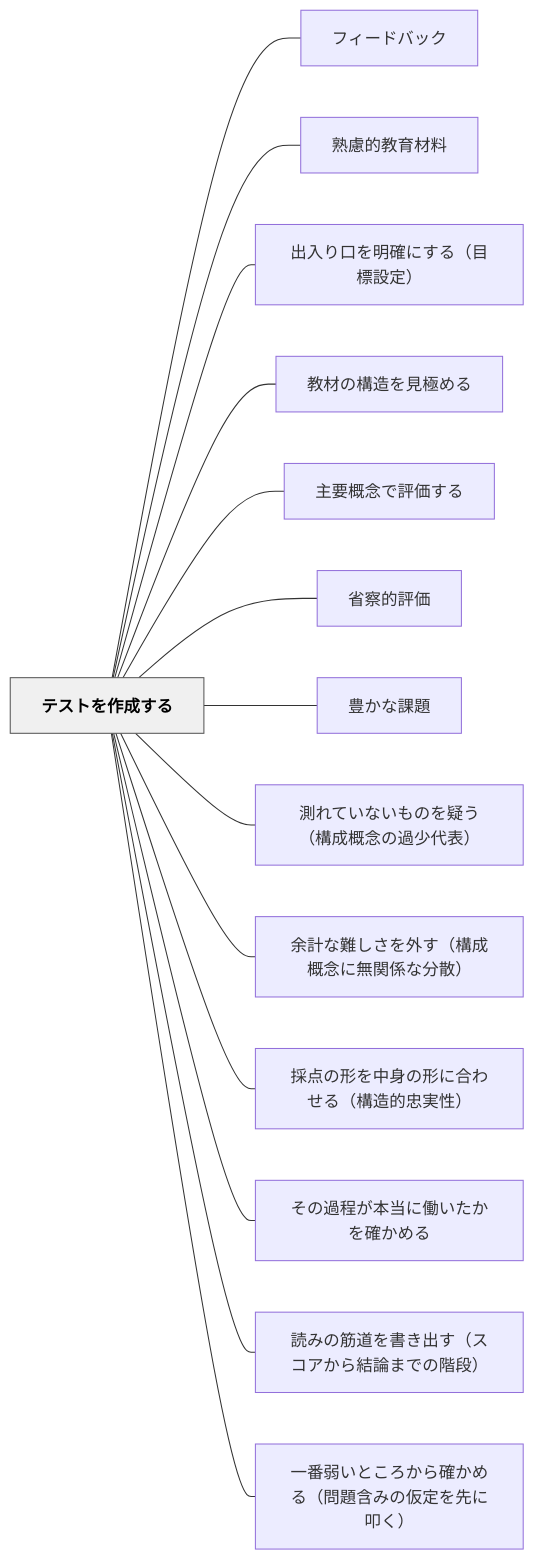
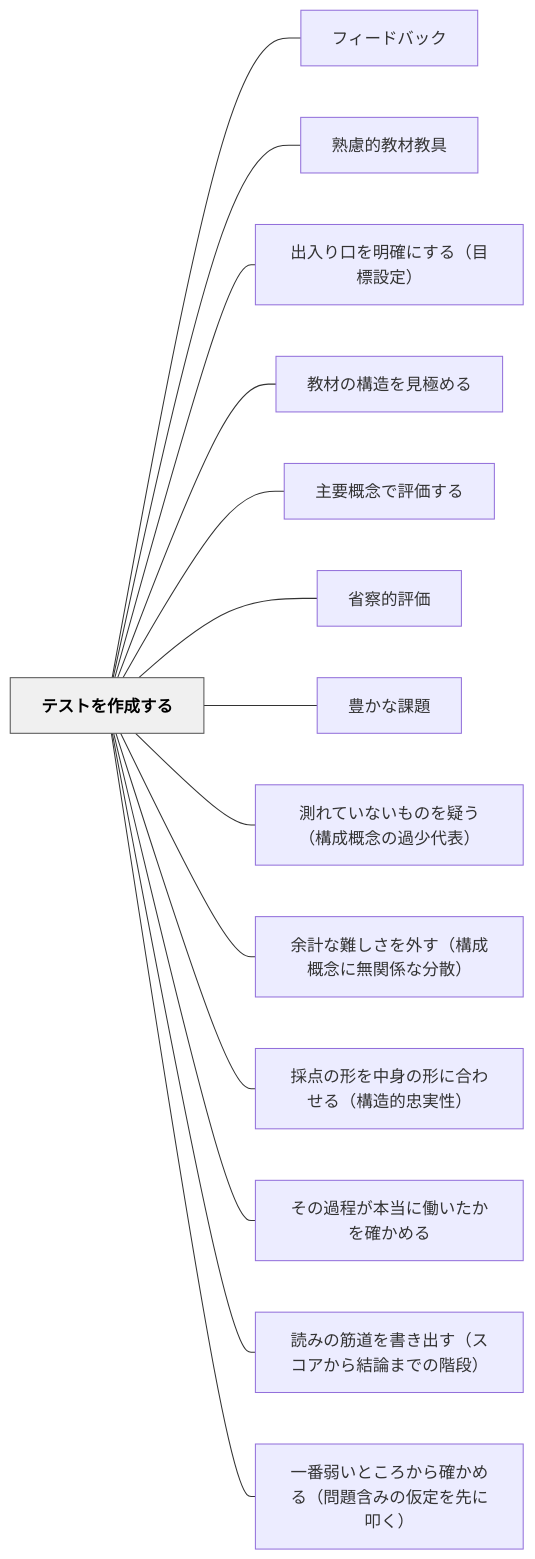
Before and after one commit to unknownthings-ed-patterns/unknownthings-ed-patterns: the diagram in content/パタン/テストを作成する.md, drawn with Mermaid. The commit also changed other lines of this file and 72 other files, not shown here.

````diff
--- a/content/パタン/テストを作成する.md
+++ b/content/パタン/テストを作成する.md
@@ -57,34 +57,34 @@
 ```mermaid
 flowchart LR
     ne38386e382b9e38388e38292e4bd9ce68890e38199e3828b["テストを作成する"]
     ne38395e382a3e383bce38389e38390e38383e382af["フィードバック"]
-    ne7869fe685aee79a84e69599e882b2e69d90e69699["熟慮的教育材料"]
+    ne7869fe685aee79a84e69599e69d90e69599e585b7["熟慮的教材教具"]
     ne587bae585a5e3828ae58fa3e38292e6988ee7a2bae381abe38199e3828befbc88e79baee6a899e8a8ade5ae9aefbc89["出入り口を明確にする（目標設定）"]
     ne69599e69d90e381aee6a78be980a0e38292e8a68be6a5b5e38281e3828b["教材の構造を見極める"]
     ne4b8bbe8a681e6a682e5bfb5e381a7e8a995e4bea1e38199e3828b["主要概念で評価する"]
     ne79c81e5af9fe79a84e8a995e4bea1["省察的評価"]
     ne8b18ae3818be381aae8aab2e9a18c["豊かな課題"]
     ne6b8ace3828ce381a6e38184e381aae38184e38282e381aee38292e79691e38186efbc88e6a78be68890e6a682e5bfb5e381aee9818ee5b091e4bba3e8a1a8efbc89["測れていないものを疑う（構成概念の過少代表）"]
     ne4bd99e8a888e381aae99ba3e38197e38195e38292e5a496e38199efbc88e6a78be68890e6a682e5bfb5e381abe784a1e996a2e4bf82e381aae58886e695a3efbc89["余計な難しさを外す（構成概念に無関係な分散）"]
     ne68ea1e782b9e381aee5bda2e38292e4b8ade8baabe381aee5bda2e381abe59088e3828fe3819be3828befbc88e6a78be980a0e79a84e5bfa0e5ae9fe680a7efbc89["採点の形を中身の形に合わせる（構造的忠実性）"]
     ne3819de381aee9818ee7a88be3818ce69cace5bd93e381abe5838de38184e3819fe3818be38292e7a2bae3818be38281e3828b["その過程が本当に働いたかを確かめる"]
     ne8aaade381bfe381aee7ad8be98193e38292e69bb8e3818de587bae38199efbc88e382b9e382b3e382a2e3818be38289e7b590e8ab96e381bee381a7e381aee99a8ee6aeb5efbc89["読みの筋道を書き出す（スコアから結論までの階段）"]
     ne4b880e795aae5bcb1e38184e381a8e38193e3828de3818be38289e7a2bae3818be38281e3828befbc88e5958fe9a18ce590abe381bfe381aee4bbaee5ae9ae38292e58588e381abe58fa9e3818fefbc89["一番弱いところから確かめる（問題含みの仮定を先に叩く）"]
 
     ne38386e382b9e38388e38292e4bd9ce68890e38199e3828b --- ne38395e382a3e383bce38389e38390e38383e382af
-    ne38386e382b9e38388e38292e4bd9ce68890e38199e3828b --- ne7869fe685aee79a84e69599e882b2e69d90e69699
+    ne38386e382b9e38388e38292e4bd9ce68890e38199e3828b --- ne7869fe685aee79a84e69599e69d90e69599e585b7
     ne38386e382b9e38388e38292e4bd9ce68890e38199e3828b --- ne587bae585a5e3828ae58fa3e38292e6988ee7a2bae381abe38199e3828befbc88e79baee6a899e8a8ade5ae9aefbc89
     ne38386e382b9e38388e38292e4bd9ce68890e38199e3828b --- ne69599e69d90e381aee6a78be980a0e38292e8a68be6a5b5e38281e3828b
     ne38386e382b9e38388e38292e4bd9ce68890e38199e3828b --- ne4b8bbe8a681e6a682e5bfb5e381a7e8a995e4bea1e38199e3828b
     ne38386e382b9e38388e38292e4bd9ce68890e38199e3828b --- ne79c81e5af9fe79a84e8a995e4bea1
     ne38386e382b9e38388e38292e4bd9ce68890e38199e3828b --- ne8b18ae3818be381aae8aab2e9a18c
     ne38386e382b9e38388e38292e4bd9ce68890e38199e3828b --- ne6b8ace3828ce381a6e38184e381aae38184e38282e381aee38292e79691e38186efbc88e6a78be68890e6a682e5bfb5e381aee9818ee5b091e4bba3e8a1a8efbc89
     ne38386e382b9e38388e38292e4bd9ce68890e38199e3828b --- ne4bd99e8a888e381aae99ba3e38197e38195e38292e5a496e38199efbc88e6a78be68890e6a682e5bfb5e381abe784a1e996a2e4bf82e381aae58886e695a3efbc89
     ne38386e382b9e38388e38292e4bd9ce68890e38199e3828b --- ne68ea1e782b9e381aee5bda2e38292e4b8ade8baabe381aee5bda2e381abe59088e3828fe3819be3828befbc88e6a78be980a0e79a84e5bfa0e5ae9fe680a7efbc89
     ne38386e382b9e38388e38292e4bd9ce68890e38199e3828b --- ne3819de381aee9818ee7a88be3818ce69cace5bd93e381abe5838de38184e3819fe3818be38292e7a2bae3818be38281e3828b
     ne38386e382b9e38388e38292e4bd9ce68890e38199e3828b --- ne8aaade381bfe381aee7ad8be98193e38292e69bb8e3818de587bae38199efbc88e382b9e382b3e382a2e3818be38289e7b590e8ab96e381bee381a7e381aee99a8ee6aeb5efbc89
     ne38386e382b9e38388e38292e4bd9ce68890e38199e3828b --- ne4b880e795aae5bcb1e38184e381a8e38193e3828de3818be38289e7a2bae3818be38281e3828befbc88e5958fe9a18ce590abe381bfe381aee4bbaee5ae9ae38292e58588e381abe58fa9e3818fefbc89
 
     classDef hub fill:#f0f0f0,stroke:#555,color:#000,font-weight:bold
     class ne38386e382b9e38388e38292e4bd9ce68890e38199e3828b hub
 ```
````
